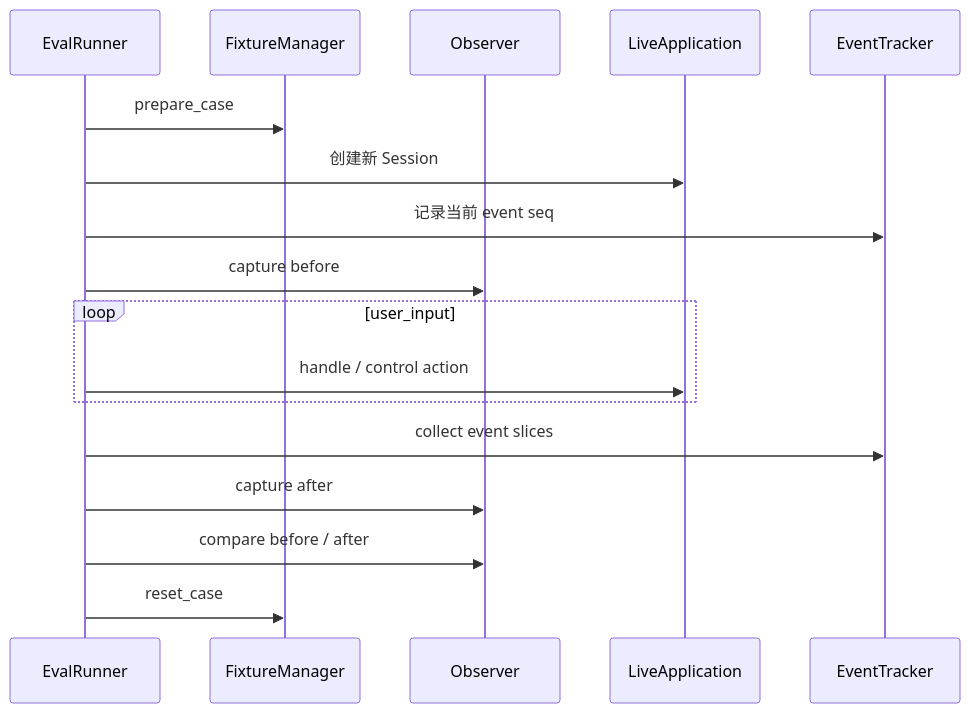
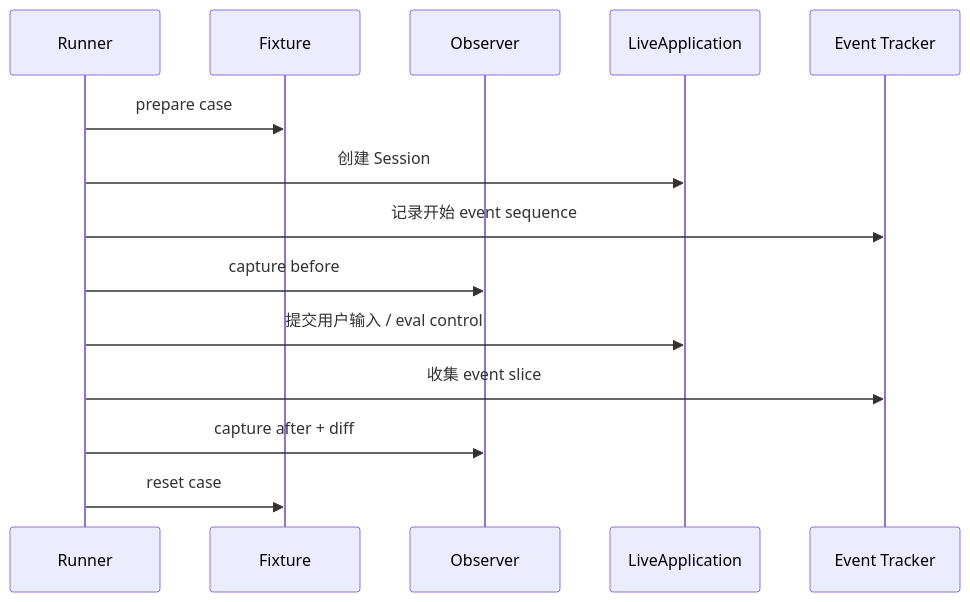
Before and after one commit to Arthur999459up/GitAgent: the sixth of 10 diagrams in docs/14-evaluation-design.md, drawn with Mermaid. The commit also changed other lines of this file and 15 other files, not shown here.

````diff
--- a/docs/14-evaluation-design.md
+++ b/docs/14-evaluation-design.md
@@ -368,20 +178,17 @@
 ```mermaid
 sequenceDiagram
-    participant R as EvalRunner
-    participant F as FixtureManager
+    participant R as Runner
+    participant F as Fixture
     participant O as Observer
     participant A as LiveApplication
-    participant E as EventTracker
+    participant E as Event Tracker
 
-    R->>F: prepare_case
-    R->>A: 创建新 Session
-    R->>E: 记录当前 event seq
+    R->>F: prepare case
+    R->>A: 创建 Session
+    R->>E: 记录开始 event sequence
     R->>O: capture before
-    loop user_input
-        R->>A: handle / control action
-    end
-    R->>E: collect event slices
-    R->>O: capture after
-    R->>O: compare before / after
-    R->>F: reset_case
+    R->>A: 提交用户输入 / eval control
+    R->>E: 收集 event slice
+    R->>O: capture after + diff
+    R->>F: reset case
 ```
````
